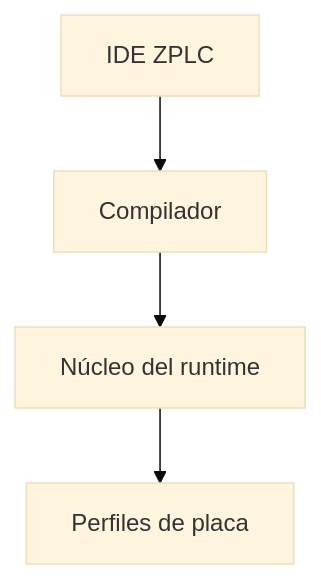
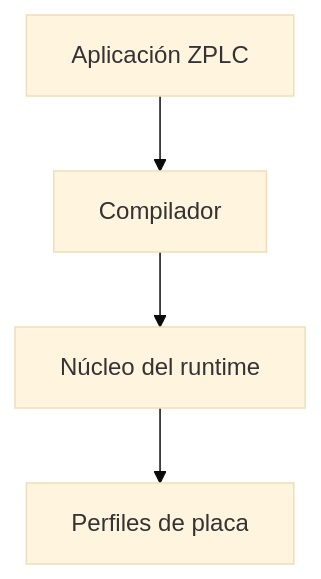
The diagram in docs/i18n/es/docusaurus-plugin-content-docs/current/platform-overview/index.md (eduardojvieira/ZPLC), drawn with Mermaid (base theme) before and after one commit. The commit also changed 23 other files, not shown here.

````diff
--- a/docs/i18n/es/docusaurus-plugin-content-docs/current/platform-overview/index.md
+++ b/docs/i18n/es/docusaurus-plugin-content-docs/current/platform-overview/index.md
@@ -16,11 +16,11 @@
 ```mermaid
 flowchart TB
-  IDE[IDE ZPLC]
+  IDE[Aplicación ZPLC]
   Compiler[Compilador]
   Runtime[Núcleo del runtime]
   Boards[Perfiles de placa]
 
   IDE --> Compiler
   Compiler --> Runtime
   Runtime --> Boards
 ```
````
